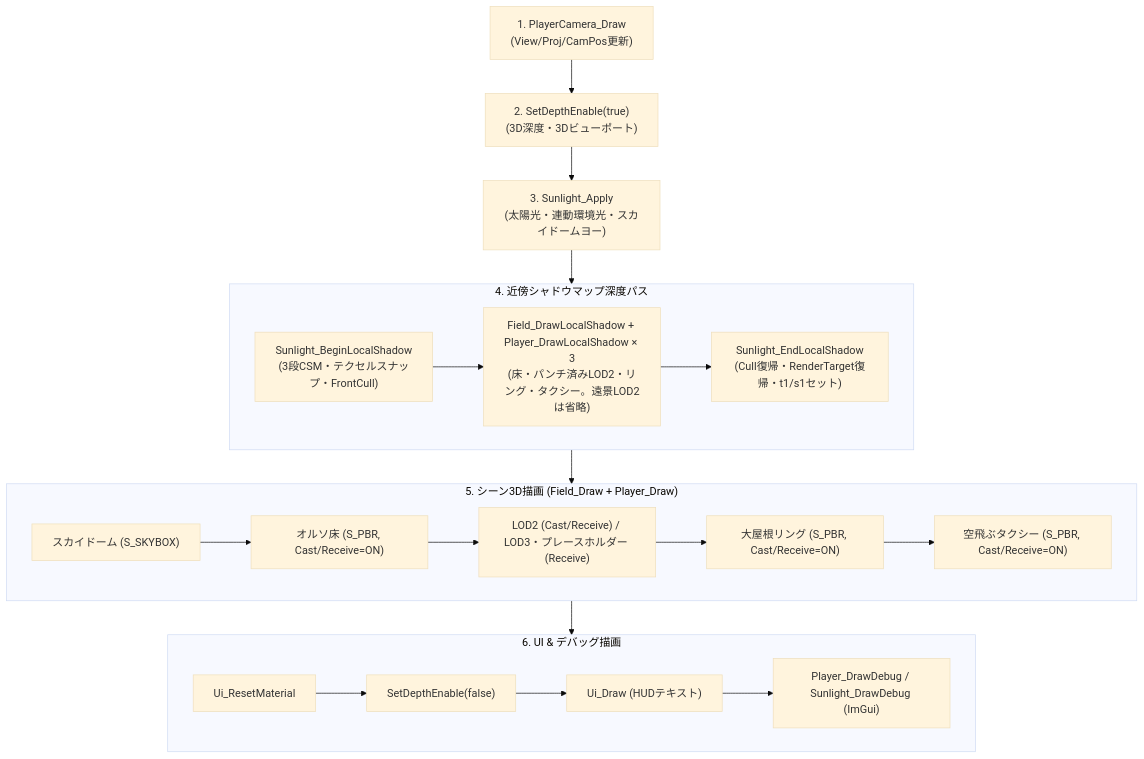
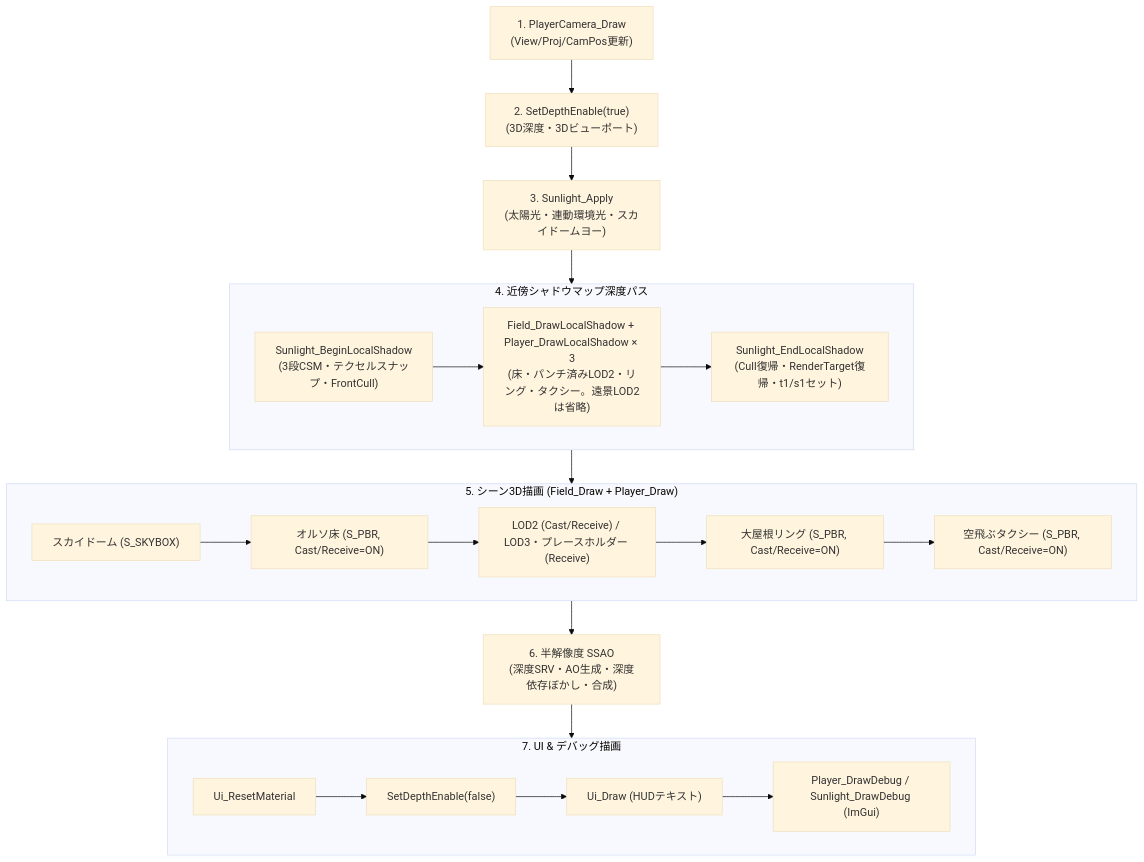
One commit to realryo1/E_X_P_O changed the first of 2 diagrams in document_game/rendering_and_lighting.md. Above: the diagram before and after it, drawn with Mermaid (base theme). The commit also changed other lines of this file and 48 other files, not shown here.

````diff
--- a/document_game/rendering_and_lighting.md
+++ b/document_game/rendering_and_lighting.md
@@ -15,29 +15,30 @@
 ```mermaid
 flowchart TD
   cameraDraw["1. PlayerCamera_Draw<br>(View/Proj/CamPos更新)"]
   depthEnable["2. SetDepthEnable(true)<br>(3D深度・3Dビューポート)"]
   sunlightApply["3. Sunlight_Apply<br>(太陽光・連動環境光・スカイドームヨー)"]
   subgraph shadowPass ["4. 近傍シャドウマップ深度パス"]
     shadowBegin["Sunlight_BeginLocalShadow<br>(3段CSM・テクセルスナップ・FrontCull)"]
     shadowDraw["Field_DrawLocalShadow + Player_DrawLocalShadow × 3<br>(床・パンチ済みLOD2・リング・タクシー。遠景LOD2は省略)"]
     shadowEnd["Sunlight_EndLocalShadow<br>(Cull復帰・RenderTarget復帰・t1/s1セット)"]
     shadowBegin --> shadowDraw --> shadowEnd
   end
   subgraph mainPass ["5. シーン3D描画 (Field_Draw + Player_Draw)"]
     skyboxDraw["スカイドーム (S_SKYBOX)"]
     floorDraw["オルソ床 (S_PBR, Cast/Receive=ON)"]
     tileDraw["LOD2 (Cast/Receive) / LOD3・プレースホルダー (Receive)"]
     ringDraw["大屋根リング (S_PBR, Cast/Receive=ON)"]
     taxiDraw["空飛ぶタクシー (S_PBR, Cast/Receive=ON)"]
     skyboxDraw --> floorDraw --> tileDraw --> ringDraw --> taxiDraw
   end
-  subgraph uiPass ["6. UI & デバッグ描画"]
+  ssaoPass["6. 半解像度 SSAO<br>(深度SRV・AO生成・深度依存ぼかし・合成)"]
+  subgraph uiPass ["7. UI & デバッグ描画"]
     uiReset["Ui_ResetMaterial"]
     depthDisable["SetDepthEnable(false)"]
     uiDraw["Ui_Draw (HUDテキスト)"]
     debugDraw["Player_DrawDebug / Sunlight_DrawDebug (ImGui)"]
     uiReset --> depthDisable --> uiDraw --> debugDraw
   end
 
-  cameraDraw --> depthEnable --> sunlightApply --> shadowPass --> mainPass --> uiPass
+  cameraDraw --> depthEnable --> sunlightApply --> shadowPass --> mainPass --> ssaoPass --> uiPass
 ```
````
